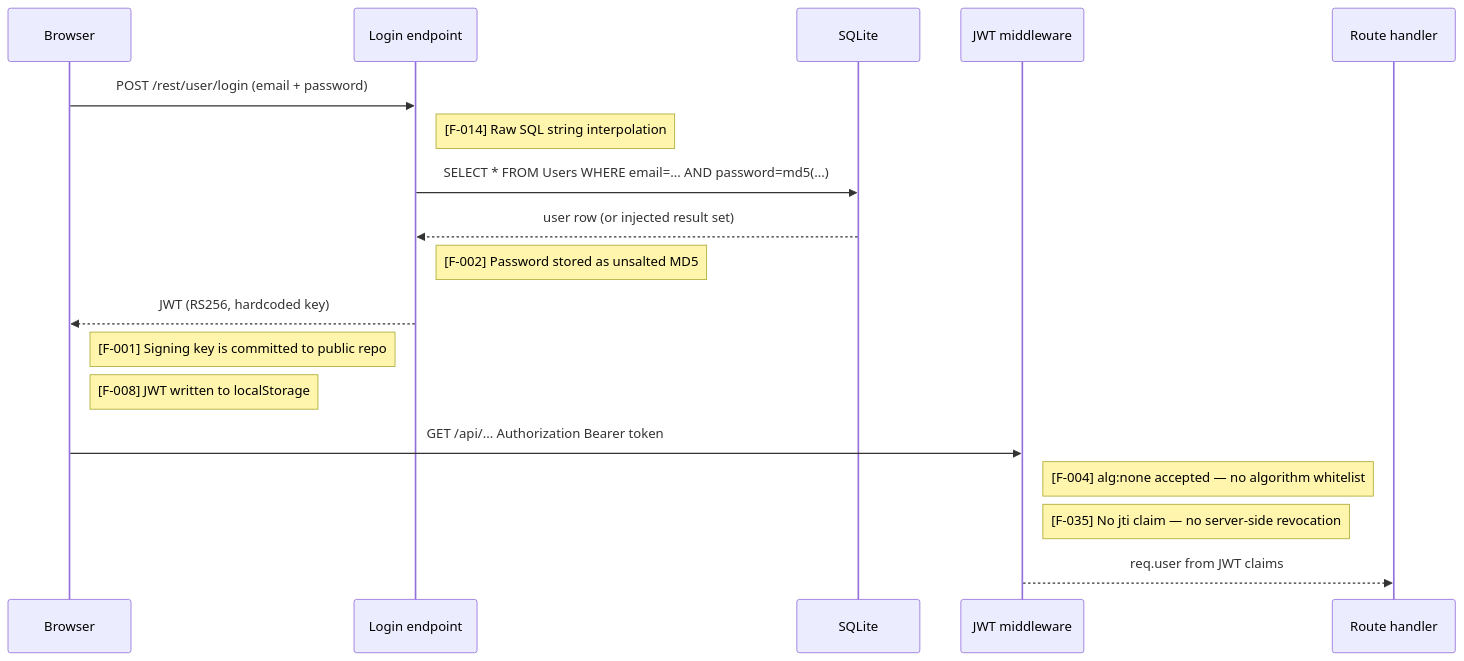
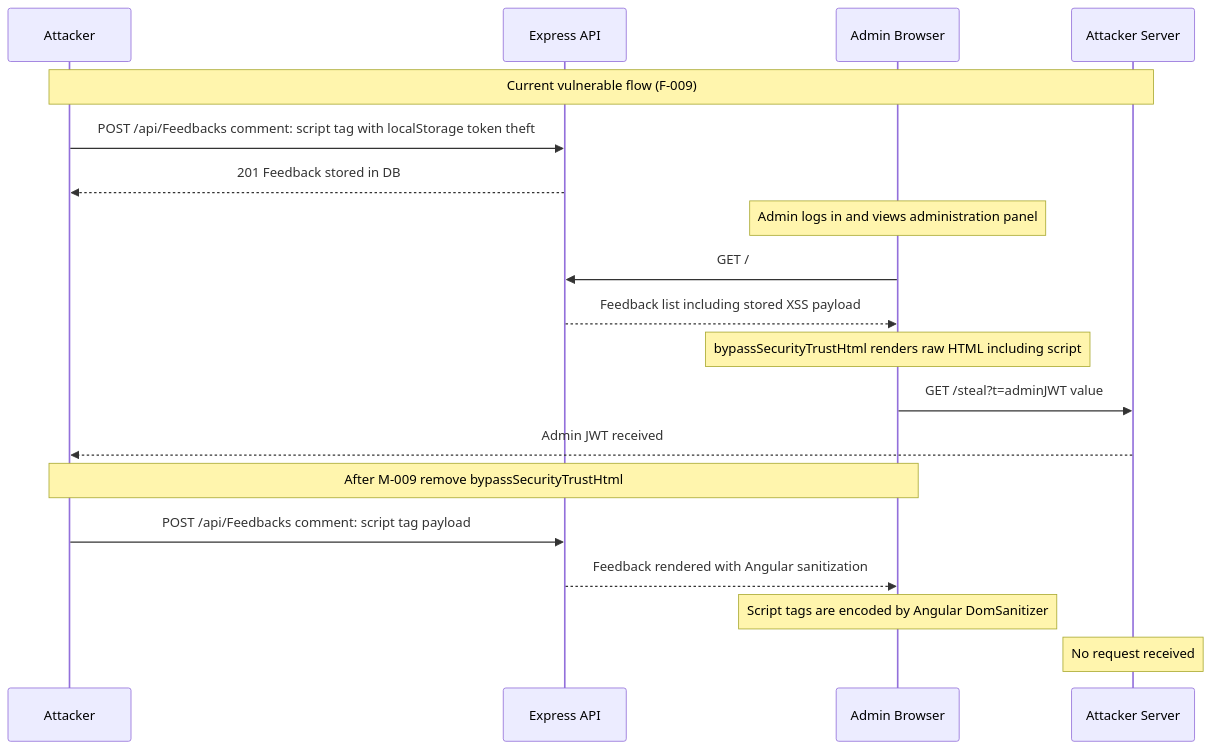
Before and after one commit to appsec-foundry/appsec-advisor: diagram 11 of 17 in examples/juice-shop/threat-model-juiceshop-thorough.md, drawn with Mermaid. The commit also changed other lines of this file and 12 other files, not shown here.

Commit message:
new schema & quality enforcement implemented

````diff
--- a/examples/juice-shop/threat-model-juiceshop-thorough.md
+++ b/examples/juice-shop/threat-model-juiceshop-thorough.md
@@ -727,23 +748,24 @@
 ```mermaid
 sequenceDiagram
-    participant B as Browser
-    participant L as Login endpoint
-    participant DB as SQLite
-    participant MW as JWT middleware
-    participant R as Route handler
+    participant A as Attacker
+    participant API as Express API
+    participant AdminBrowser as Admin Browser
+    participant AttackServer as Attacker Server
 
-    B->>L: POST /rest/user/login (email + password)
-    Note right of L: [F-014] Raw SQL string interpolation
-    L->>DB: SELECT * FROM Users WHERE email=... AND password=md5(...)
-    DB-->>L: user row (or injected result set)
-    Note right of L: [F-002] Password stored as unsalted MD5
+    Note over A,AttackServer: Current vulnerable flow (F-009)
+    A->>API: POST /api/Feedbacks comment: script tag with localStorage token theft
+    API-->>A: 201 Feedback stored in DB
 
-    L-->>B: JWT (RS256, hardcoded key)
-    Note right of B: [F-001] Signing key is committed to public repo
-    Note right of B: [F-008] JWT written to localStorage
+    Note over AdminBrowser: Admin logs in and views administration panel
+    AdminBrowser->>API: GET /#/administration (with admin JWT in localStorage)
+    API-->>AdminBrowser: Feedback list including stored XSS payload
+    Note over AdminBrowser: bypassSecurityTrustHtml renders raw HTML including script
+    AdminBrowser->>AttackServer: GET /steal?t=adminJWT value
+    AttackServer-->>A: Admin JWT received
 
-    B->>MW: GET /api/... Authorization Bearer token
-    Note right of MW: [F-004] alg:none accepted — no algorithm whitelist
-    Note right of MW: [F-035] No jti claim — no server-side revocation
-    MW-->>R: req.user from JWT claims
+    Note over A,AdminBrowser: After M-009 remove bypassSecurityTrustHtml
+    A->>API: POST /api/Feedbacks comment: script tag payload
+    API-->>AdminBrowser: Feedback rendered with Angular sanitization
+    Note over AdminBrowser: Script tags are encoded by Angular DomSanitizer
+    Note over AttackServer: No request received
 ```
````
